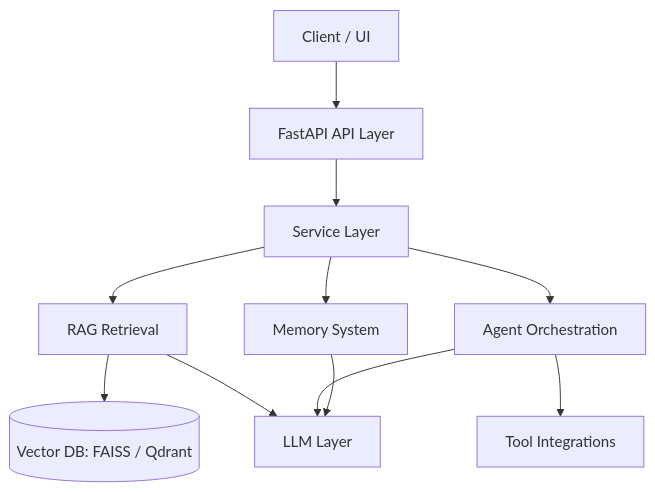
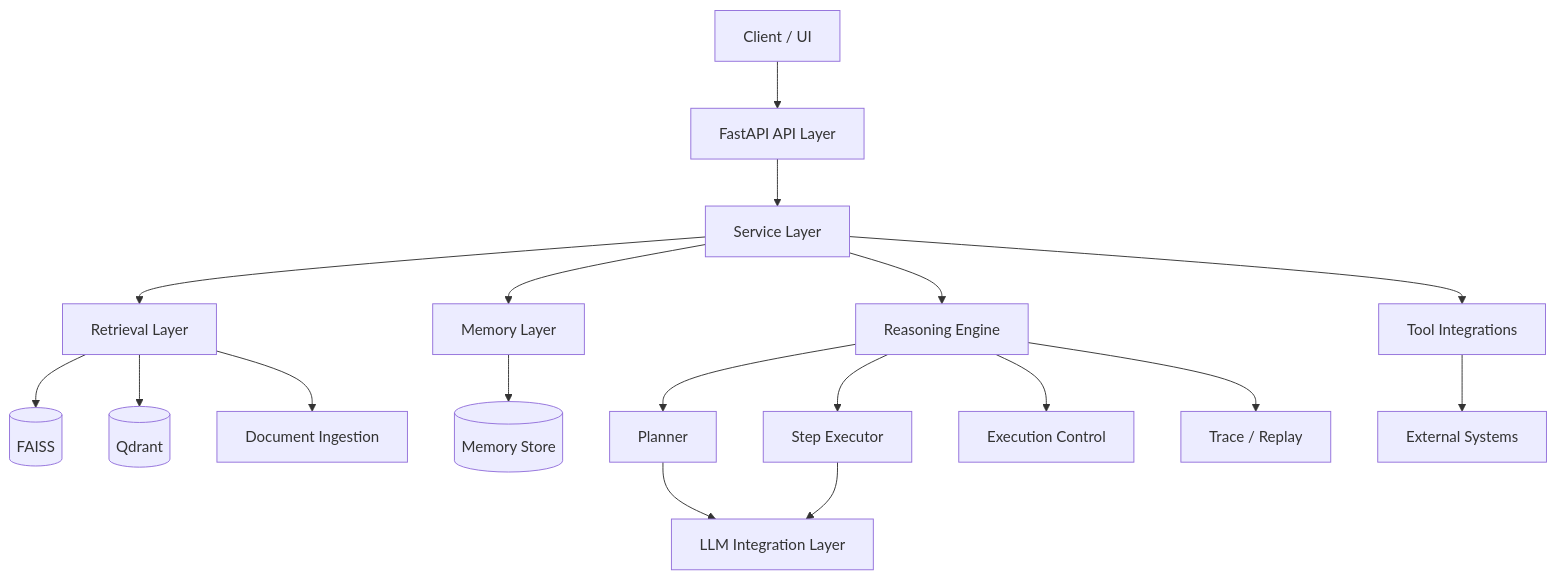
Before and after one commit to Alex8768/AI-Agent-Hub-V3: the diagram in README.md, drawn with Mermaid. The commit also changed other lines of this file, not shown here.

Commit message:
docs: add architecture mermaid diagram

````diff
--- a/README.md
+++ b/README.md
@@ -125,16 +358,38 @@
 ```mermaid
 flowchart TD
-    Client[Client / UI] --> API[FastAPI API Layer]
-    API --> Services[Service Layer]
 
-    Services --> RAG[RAG Retrieval]
-    Services --> Memory[Memory System]
-    Services --> Agents[Agent Orchestration]
+Client[Client / UI]
+API[FastAPI API Layer]
+Services[Service Layer]
 
-    RAG --> Vector[(Vector DB: FAISS / Qdrant)]
-    Agents --> Tools[Tool Integrations]
+Client --> API
+API --> Services
 
-    RAG --> LLM[LLM Layer]
-    Agents --> LLM
-    Memory --> LLM
+Services --> Retrieval
+Services --> Memory
+Services --> Reasoning
+Services --> Tools
+
+Retrieval[Retrieval Layer]
+Memory[Memory Layer]
+Reasoning[Reasoning Engine]
+Tools[Tool Integrations]
+
+Retrieval --> FAISS[(FAISS)]
+Retrieval --> Qdrant[(Qdrant)]
+Retrieval --> Docs[Document Ingestion]
+
+Memory --> DB[(Memory Store)]
+
+Reasoning --> Planner[Planner]
+Reasoning --> Executor[Step Executor]
+Reasoning --> Control[Execution Control]
+Reasoning --> Trace[Trace / Replay]
+
+Planner --> LLM
+Executor --> LLM
+
+Tools --> External[External Systems]
+
+LLM[LLM Integration Layer]
 ```
````
